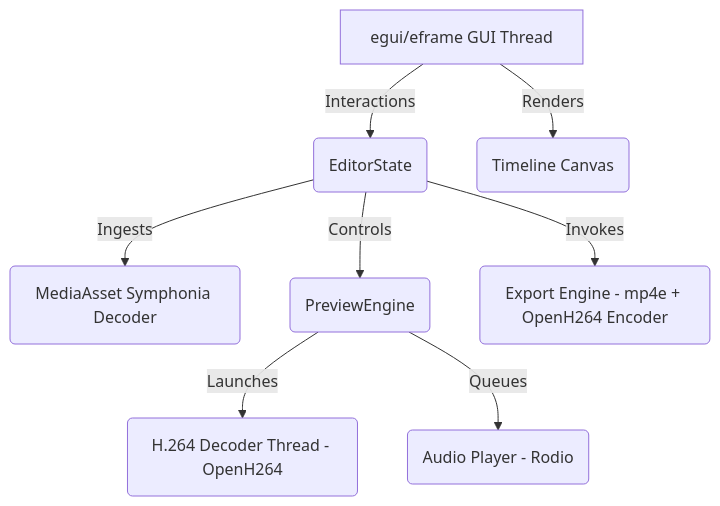
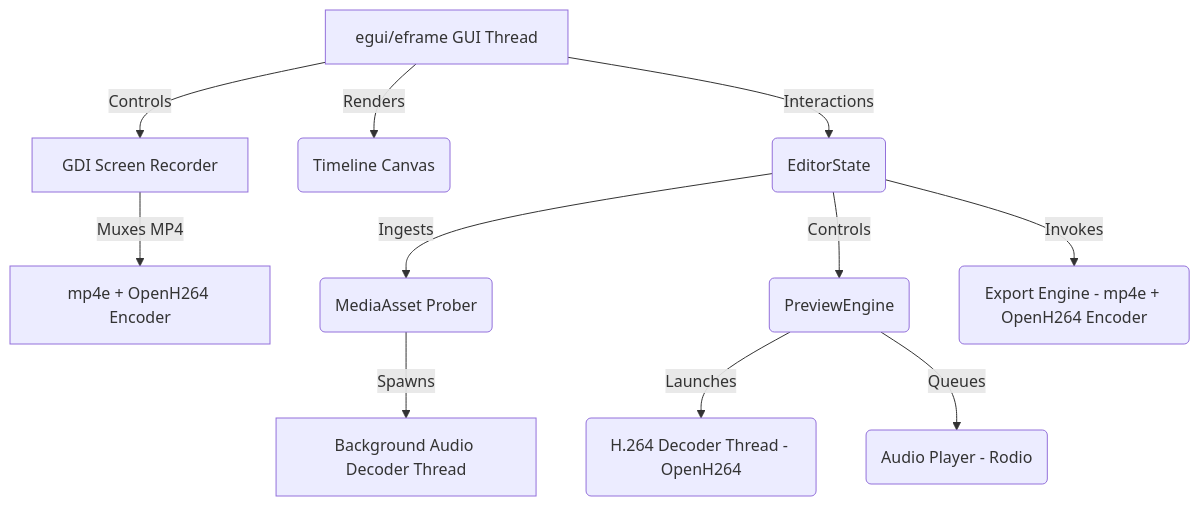
One commit to Qamar2315/SiloCut changed the diagram in README.md. Above: the diagram before and after it, drawn with Mermaid. The commit also changed other lines of this file and 11 other files, not shown here.

Commit message:
v1.3.0 - Integrate GDI Screen Recorder, async audio decoding, Windows executable icon embedding, and fix timeline playback & overlapping fades

````diff
--- a/README.md
+++ b/README.md
@@ -25,10 +34,13 @@
 ```mermaid
 graph TD
     A[egui/eframe GUI Thread] -->|Interactions| B(EditorState)
     A -->|Renders| C(Timeline Canvas)
-    B -->|Ingests| D(MediaAsset Symphonia Decoder)
+    A -->|Controls| I[GDI Screen Recorder]
+    I -->|Muxes MP4| J[mp4e + OpenH264 Encoder]
+    B -->|Ingests| D(MediaAsset Prober)
+    D -->|Spawns| K[Background Audio Decoder Thread]
     B -->|Controls| E(PreviewEngine)
     E -->|Launches| F(H.264 Decoder Thread - OpenH264)
     E -->|Queues| G(Audio Player - Rodio)
     B -->|Invokes| H(Export Engine - mp4e + OpenH264 Encoder)
 ```
````
